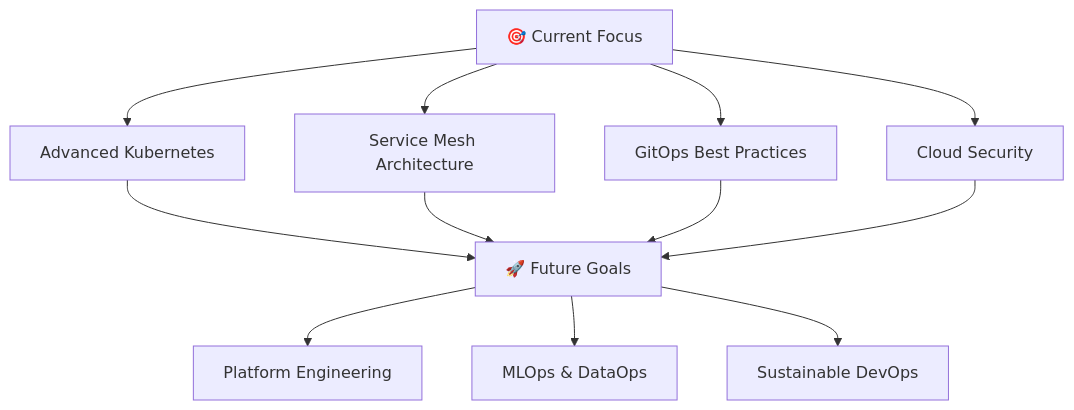
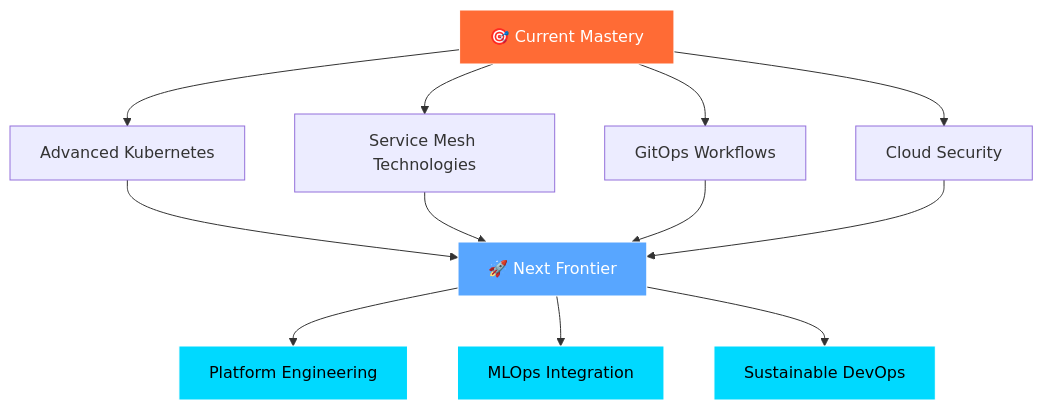
The diagram in README.md (vasugoriya/vasugoriya), drawn with Mermaid before and after one commit. The commit also changed other lines of this file, not shown here.

````diff
--- a/README.md
+++ b/README.md
@@ -304,16 +341,22 @@
 ```mermaid
 graph TD
-    A[🎯 Current Focus] --> B[Advanced Kubernetes]
-    A --> C[Service Mesh Architecture]
-    A --> D[GitOps Best Practices]
+    A[🎯 Current Mastery] --> B[Advanced Kubernetes]
+    A --> C[Service Mesh Technologies]
+    A --> D[GitOps Workflows]
     A --> E[Cloud Security]
     
-    B --> F[🚀 Future Goals]
+    B --> F[🚀 Next Frontier]
     C --> F
     D --> F
     E --> F
     
     F --> G[Platform Engineering]
-    F --> H[MLOps & DataOps]
+    F --> H[MLOps Integration]
     F --> I[Sustainable DevOps]
+    
+    style A fill:#ff6b35,stroke:#fff,color:#fff
+    style F fill:#58a6ff,stroke:#fff,color:#fff
+    style G fill:#00d9ff,stroke:#fff,color:#000
+    style H fill:#00d9ff,stroke:#fff,color:#000
+    style I fill:#00d9ff,stroke:#fff,color:#000
 ```
````
